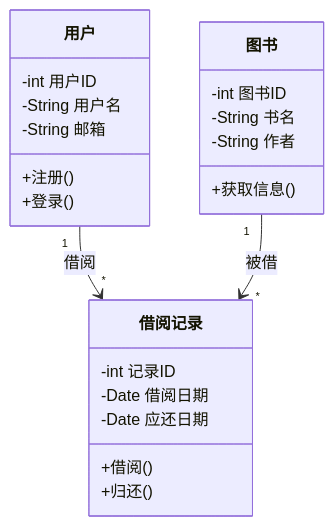
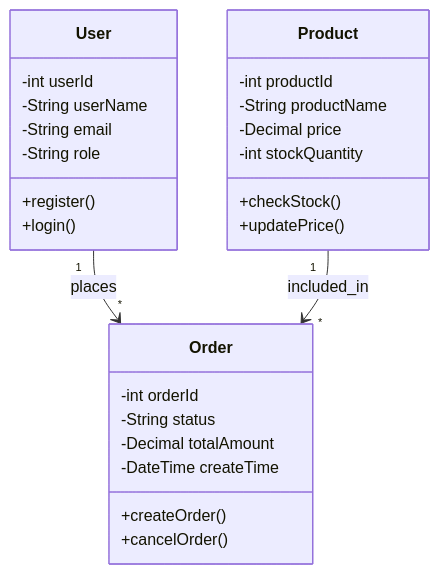
Before and after one commit to YxY09/ReqDesign-Agent: the diagram in prompts/class_diagram.md, drawn with Mermaid. The commit also changed other lines of this file and 6 other files, not shown here.

````diff
--- a/prompts/class_diagram.md
+++ b/prompts/class_diagram.md
@@ -30,25 +34,29 @@
 ```mermaid
 classDiagram
-    class 用户 {
-        -int 用户ID
-        -String 用户名
-        -String 邮箱
-        +注册()
-        +登录()
+    class User {
+        -int userId
+        -String userName
+        -String email
+        -String role
+        +register()
+        +login()
     }
-    class 图书 {
-        -int 图书ID
-        -String 书名
-        -String 作者
-        +获取信息()
+    class Product {
+        -int productId
+        -String productName
+        -Decimal price
+        -int stockQuantity
+        +checkStock()
+        +updatePrice()
     }
-    class 借阅记录 {
-        -int 记录ID
-        -Date 借阅日期
-        -Date 应还日期
-        +借阅()
-        +归还()
+    class Order {
+        -int orderId
+        -String status
+        -Decimal totalAmount
+        -DateTime createTime
+        +createOrder()
+        +cancelOrder()
     }
-    用户 "1" --> "*" 借阅记录 : 借阅
-    图书 "1" --> "*" 借阅记录 : 被借
+    User "1" --> "*" Order : places
+    Product "1" --> "*" Order : included_in
 ```
````
